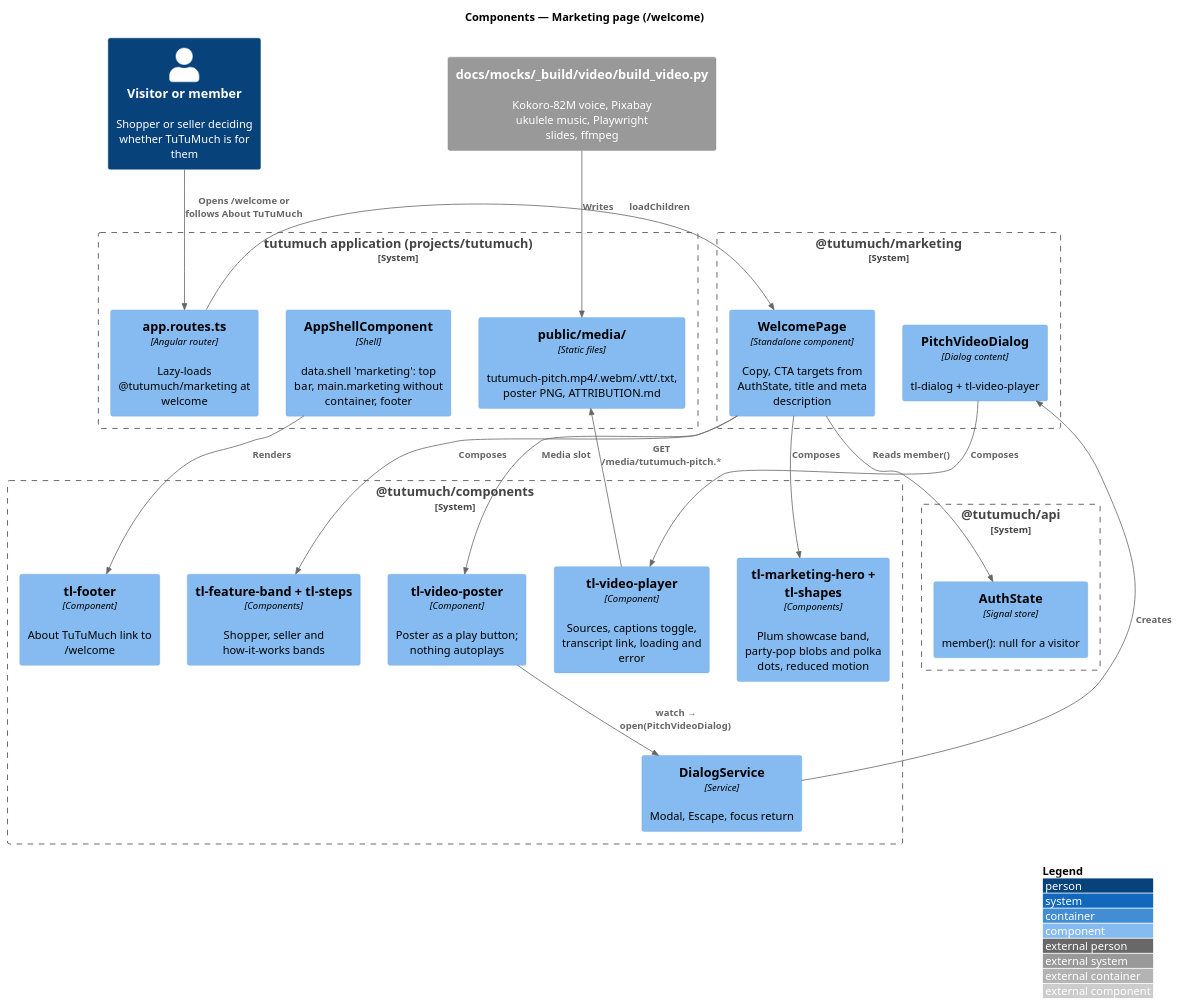
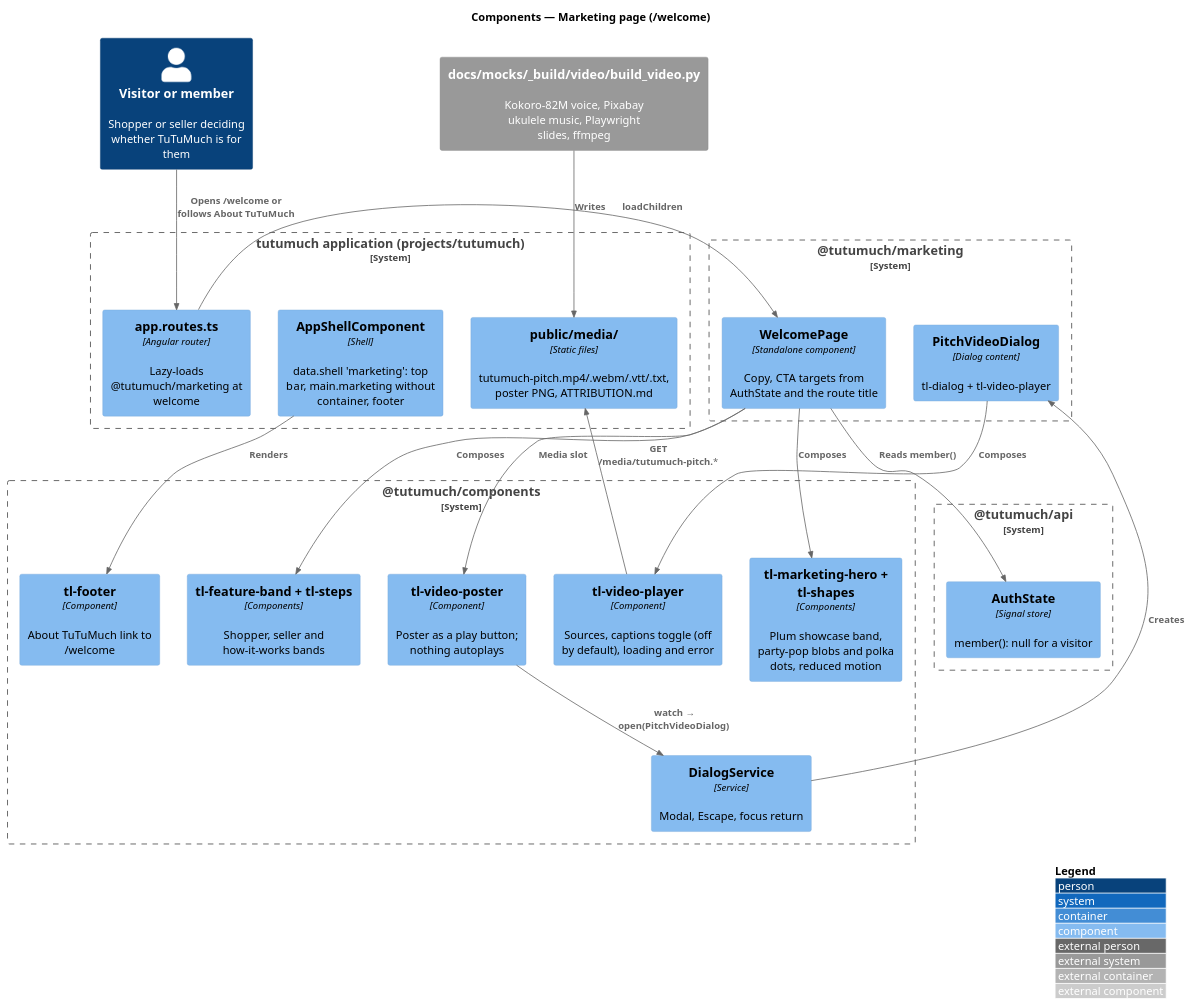
Before and after one commit to QuinntyneBrown/tutumuch: the diagram in docs/detailed-designs/platform/marketing-page/diagrams/c4-component.puml, drawn with PlantUML. The commit also changed 46 other files, not shown here.

First line of the commit message:
Simplify the pitch video and add link-preview tags

```diff
--- a/docs/detailed-designs/platform/marketing-page/diagrams/c4-component.puml
+++ b/docs/detailed-designs/platform/marketing-page/diagrams/c4-component.puml
@@ -1,41 +1,41 @@
 @startuml
 !include <C4/C4_Component>
 LAYOUT_WITH_LEGEND()
 title Components — Marketing page (/welcome)
 
 Person(visitor, "Visitor or member", "Shopper or seller deciding whether TuTuMuch is for them")
 System_Boundary(app, "tutumuch application (projects/tutumuch)") {
   Component(routes, "app.routes.ts", "Angular router", "Lazy-loads @tutumuch/marketing at welcome")
   Component(shell, "AppShellComponent", "Shell", "data.shell 'marketing': top bar, main.marketing without container, footer")
   Component(media, "public/media/", "Static files", "tutumuch-pitch.mp4/.webm/.vtt/.txt, poster PNG, ATTRIBUTION.md")
 }
 System_Boundary(mkt, "@tutumuch/marketing") {
-  Component(page, "WelcomePage", "Standalone component", "Copy, CTA targets from AuthState, title and meta description")
+  Component(page, "WelcomePage", "Standalone component", "Copy, CTA targets from AuthState and the route title")
   Component(dialog, "PitchVideoDialog", "Dialog content", "tl-dialog + tl-video-player")
 }
 System_Boundary(cmp, "@tutumuch/components") {
   Component(hero, "tl-marketing-hero + tl-shapes", "Components", "Plum showcase band, party-pop blobs and polka dots, reduced motion")
   Component(band, "tl-feature-band + tl-steps", "Components", "Shopper, seller and how-it-works bands")
   Component(poster, "tl-video-poster", "Component", "Poster as a play button; nothing autoplays")
-  Component(player, "tl-video-player", "Component", "Sources, captions toggle, transcript link, loading and error")
+  Component(player, "tl-video-player", "Component", "Sources, captions toggle (off by default), loading and error")
   Component(dlg, "DialogService", "Service", "Modal, Escape, focus return")
   Component(footer, "tl-footer", "Component", "About TuTuMuch link to /welcome")
 }
 System_Boundary(api, "@tutumuch/api") {
   Component(auth, "AuthState", "Signal store", "member(): null for a visitor")
 }
 System_Ext(build, "docs/mocks/_build/video/build_video.py", "Kokoro-82M voice, Pixabay ukulele music, Playwright slides, ffmpeg")
 
 Rel(visitor, routes, "Opens /welcome or follows About TuTuMuch")
 Rel(routes, page, "loadChildren")
 Rel(shell, footer, "Renders")
 Rel(page, hero, "Composes")
 Rel(page, band, "Composes")
 Rel(page, poster, "Media slot")
 Rel(page, auth, "Reads member()")
 Rel(poster, dlg, "watch → open(PitchVideoDialog)")
 Rel(dlg, dialog, "Creates")
 Rel(dialog, player, "Composes")
 Rel(player, media, "GET /media/tutumuch-pitch.*")
 Rel(build, media, "Writes")
 @enduml
```
